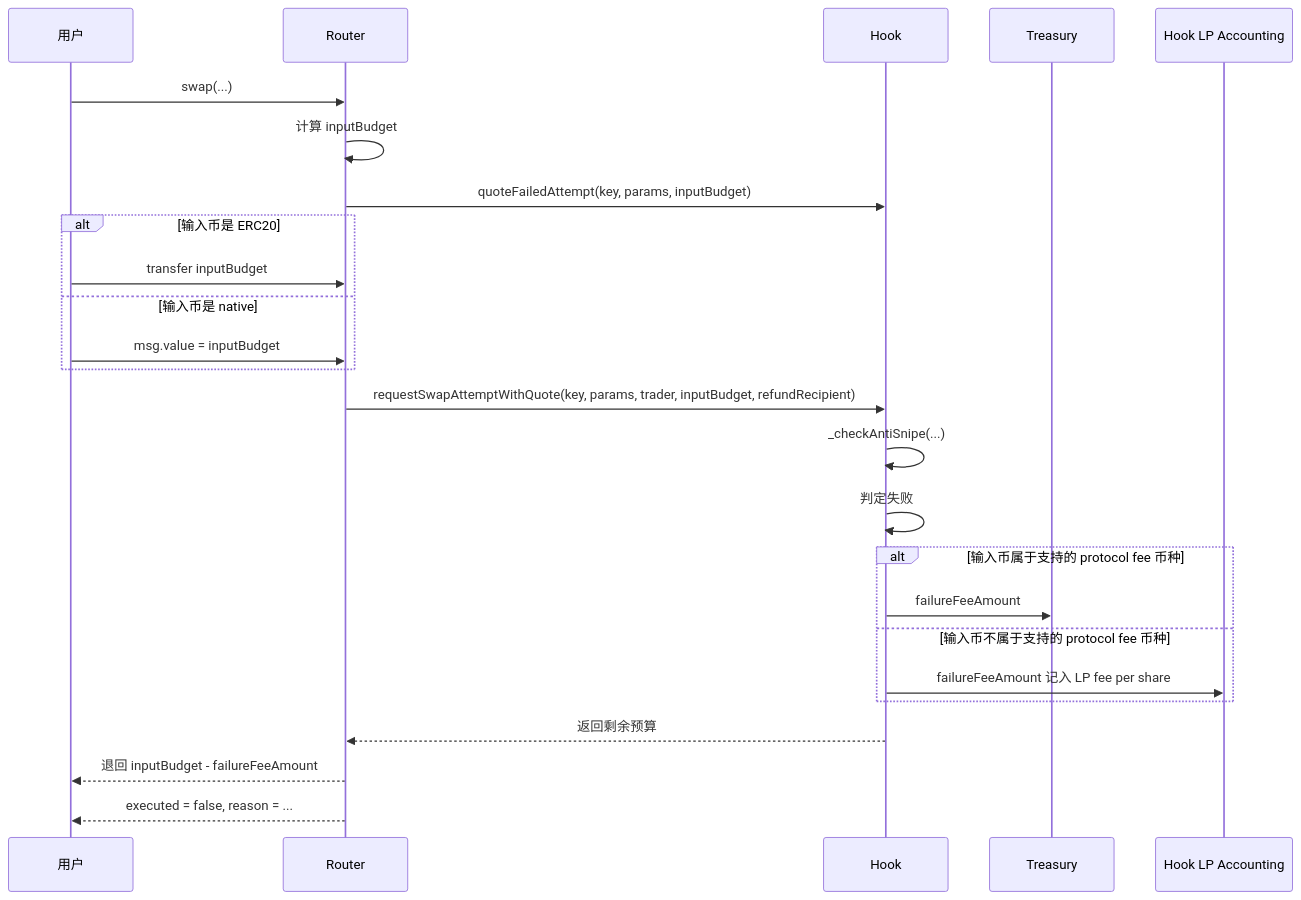
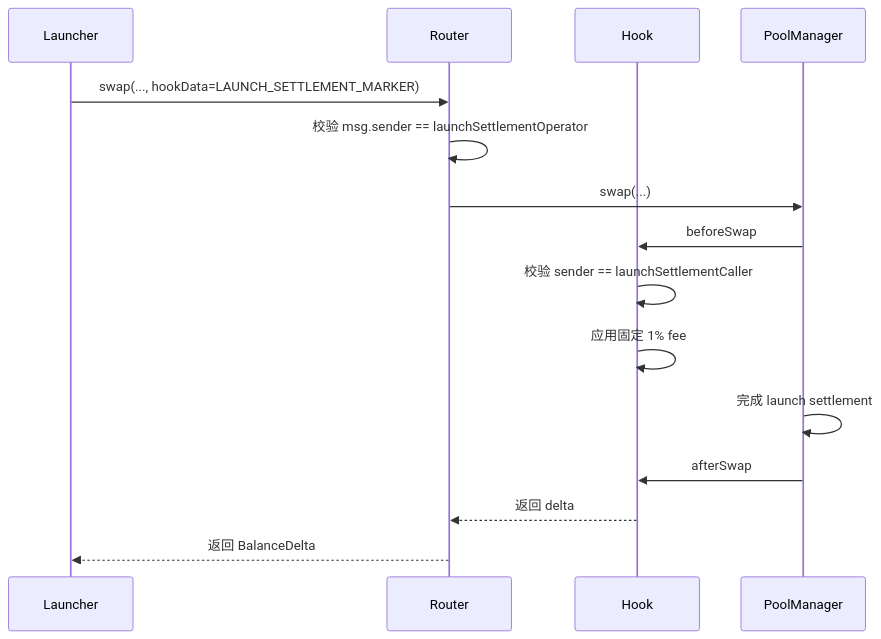
Before and after one commit to OutrunBuild/MemeverseV2: the third of 7 diagrams in docs/memeverse-swap/memeverse-swap-flow.md, drawn with Mermaid. The commit also changed other lines of this file and 23 other files, not shown here.

````diff
--- a/docs/memeverse-swap/memeverse-swap-flow.md
+++ b/docs/memeverse-swap/memeverse-swap-flow.md
@@ -84,32 +57,18 @@
 ```mermaid
 sequenceDiagram
-    participant U as 用户
+    participant L as Launcher
     participant R as Router
     participant H as Hook
-    participant T as Treasury
-    participant L as Hook LP Accounting
+    participant PM as PoolManager
 
-    U->>R: swap(...)
-    R->>R: 计算 inputBudget
-    R->>H: quoteFailedAttempt(key, params, inputBudget)
-
-    alt 输入币是 ERC20
-        U->>R: transfer inputBudget
-    else 输入币是 native
-        U->>R: msg.value = inputBudget
-    end
-
-    R->>H: requestSwapAttemptWithQuote(key, params, trader, inputBudget, refundRecipient)
-    H->>H: _checkAntiSnipe(...)
-    H->>H: 判定失败
-
-    alt 输入币属于支持的 protocol fee 币种
-        H->>T: failureFeeAmount
-    else 输入币不属于支持的 protocol fee 币种
-        H->>L: failureFeeAmount 记入 LP fee per share
-    end
-
-    H-->>R: 返回剩余预算
-    R-->>U: 退回 inputBudget - failureFeeAmount
-    R-->>U: executed = false, reason = ...
+    L->>R: swap(..., hookData=LAUNCH_SETTLEMENT_MARKER)
+    R->>R: 校验 msg.sender == launchSettlementOperator
+    R->>PM: swap(...)
+    PM->>H: beforeSwap
+    H->>H: 校验 sender == launchSettlementCaller
+    H->>H: 应用固定 1% fee
+    PM->>PM: 完成 launch settlement
+    PM->>H: afterSwap
+    H-->>R: 返回 delta
+    R-->>L: 返回 BalanceDelta
 ```
````
